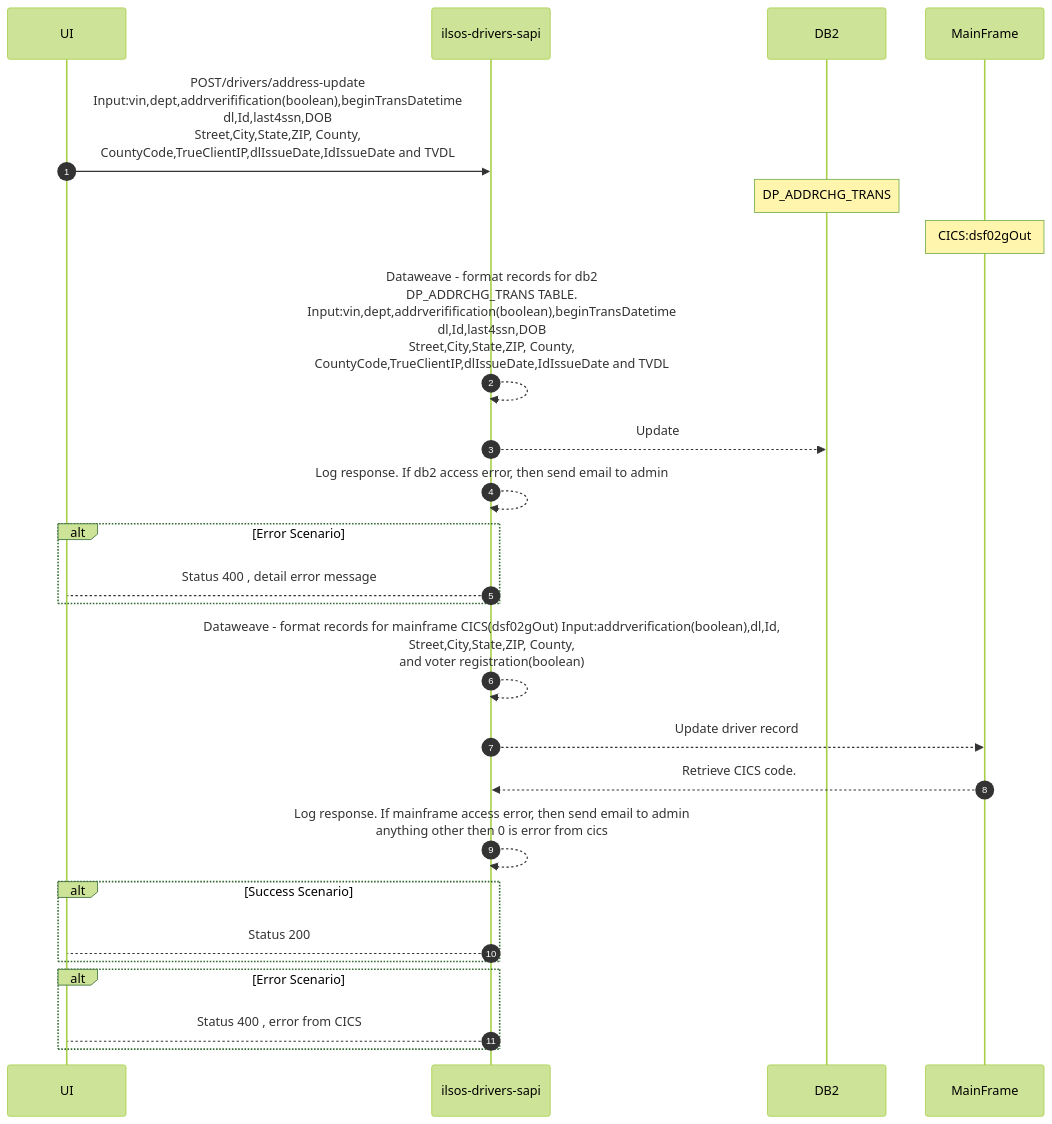
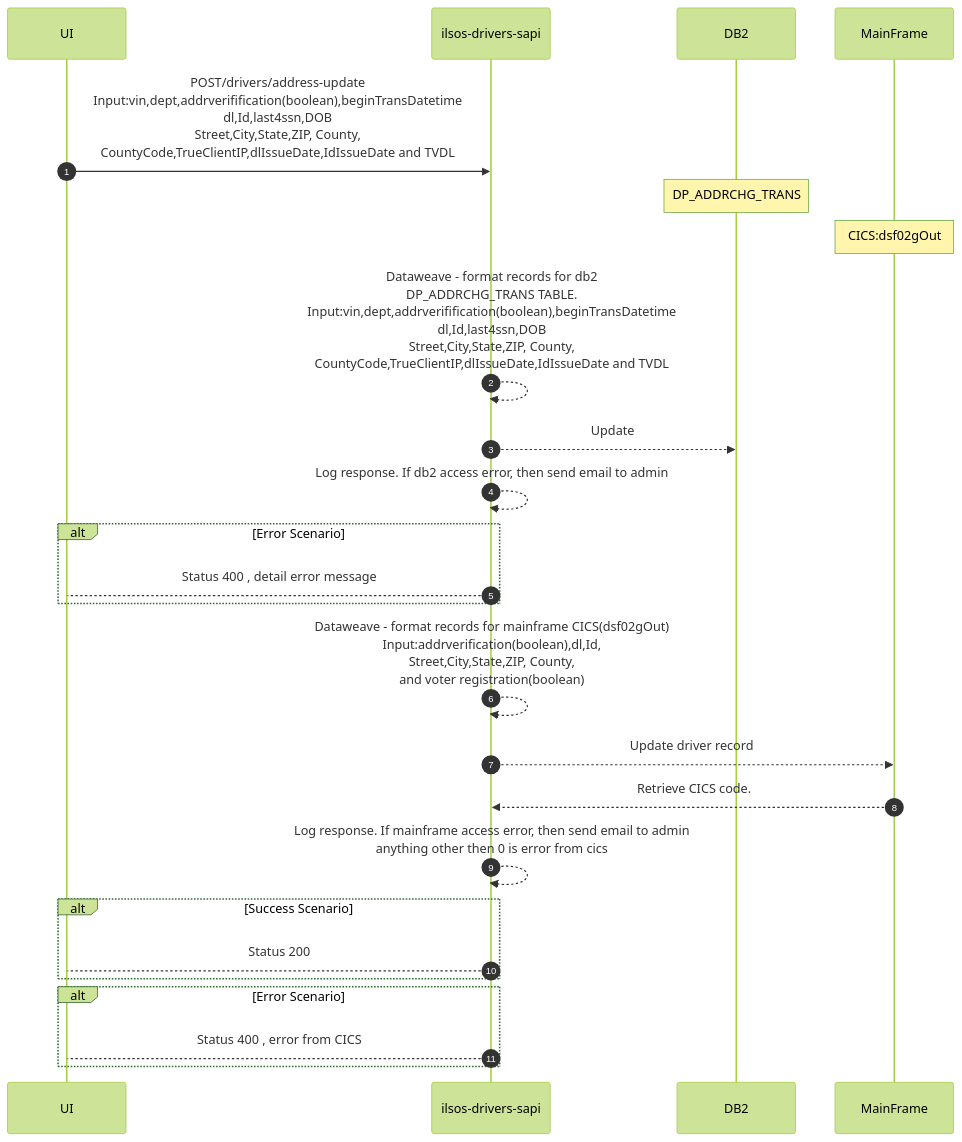
The first of 3 diagrams in README.md (acme-devs/ilsos-drivers-sapi), drawn with Mermaid (forest theme) before and after one commit.

````diff
--- a/README.md
+++ b/README.md
@@ -32,29 +32,29 @@
 ```mermaid
 sequenceDiagram
     autonumber
     participant ui as UI
     participant api as ilsos-drivers-sapi
     participant db2 as DB2
     participant mainframe as MainFrame
 
     ui->>api:POST/drivers/address-update <br>Input:vin,dept,addrverifification(boolean),beginTransDatetime<br>dl,Id,last4ssn,DOB<br>Street,City,State,ZIP, County,<br>CountyCode,TrueClientIP,dlIssueDate,IdIssueDate and TVDL
 
     note over db2:DP_ADDRCHG_TRANS
     note over mainframe:CICS:dsf02gOut
     api-->>api:Dataweave - format records for db2<BR> DP_ADDRCHG_TRANS TABLE.<br>Input:vin,dept,addrverifification(boolean),beginTransDatetime<br>dl,Id,last4ssn,DOB<br>Street,City,State,ZIP, County,<br>CountyCode,TrueClientIP,dlIssueDate,IdIssueDate and TVDL
     api-->>db2:Update
     api-->>api:Log response. If db2 access error, then send email to admin
     alt Error Scenario 
         api-->ui: Status 400 , detail error message
     end
-    api-->>api:Dataweave - format records for mainframe CICS(dsf02gOut) Input:addrverification(boolean),dl,Id,<br>Street,City,State,ZIP, County,<br>and voter registration(boolean)
+    api-->>api:Dataweave - format records for mainframe CICS(dsf02gOut)<br> Input:addrverification(boolean),dl,Id,<br>Street,City,State,ZIP, County,<br>and voter registration(boolean)
     api-->>mainframe:Update driver record
     mainframe-->>api:Retrieve CICS code.
     api-->>api:Log response. If mainframe access error, then send email to admin<br>anything other then 0 is error from cics
     alt Success Scenario 
         api-->ui: Status 200 
     end
     alt Error Scenario 
         api-->ui: Status 400 , error from CICS
     end
   ```
````
